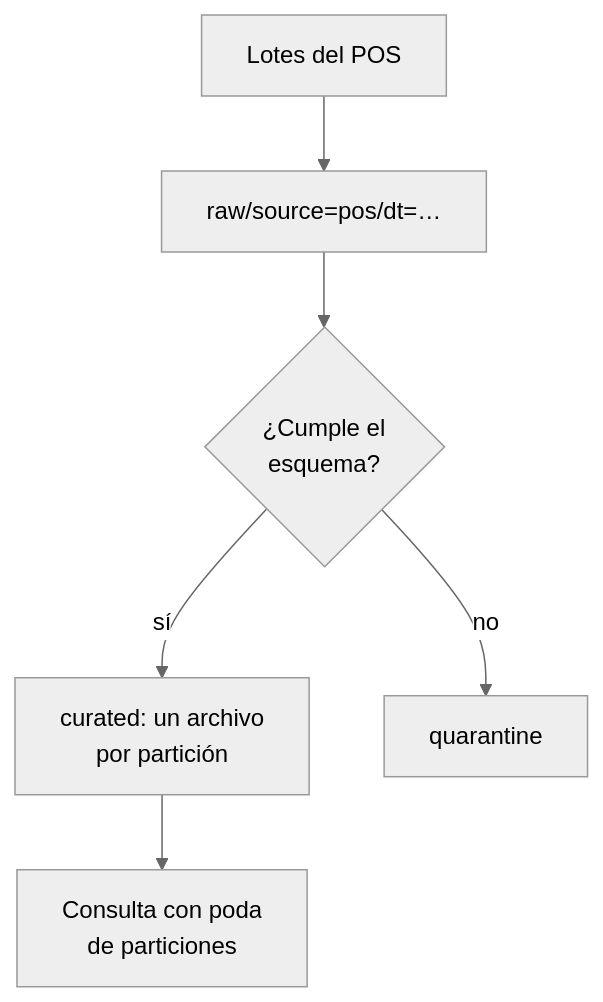
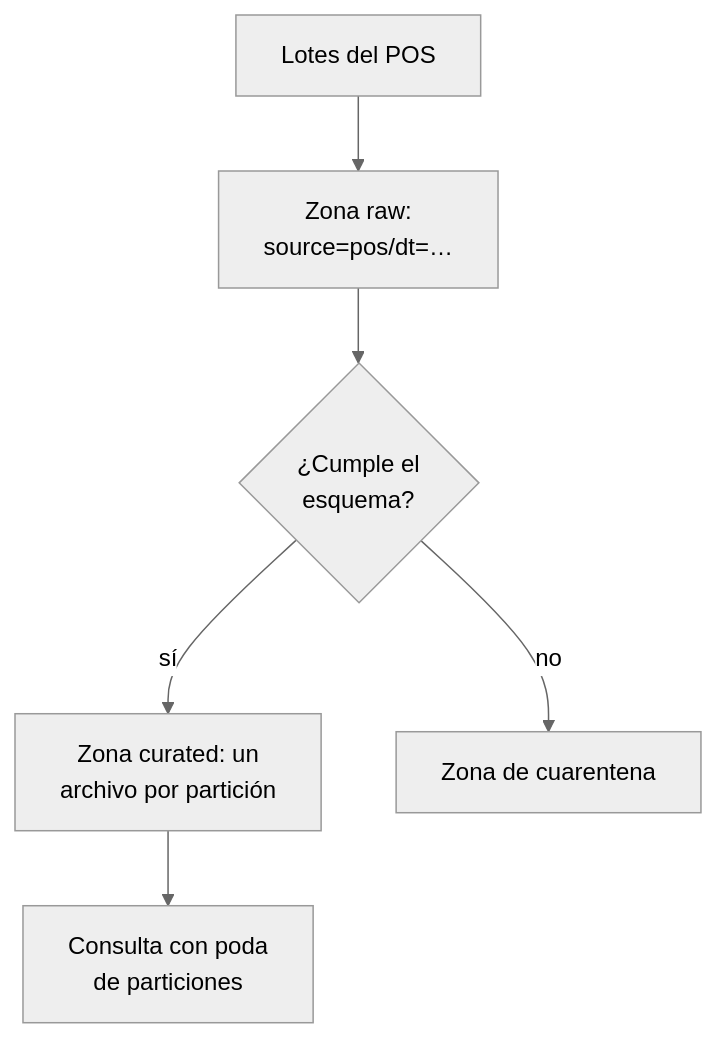
Before and after one commit to fcp4891/de-knowledge-hub: the second of 3 diagrams in content/architectures/data-lake-architecture.md, drawn with Mermaid (neutral theme). The commit also changed other lines of this file and 13 other files, not shown here.

````diff
--- a/content/architectures/data-lake-architecture.md
+++ b/content/architectures/data-lake-architecture.md
@@ -122,8 +127,8 @@
 ```mermaid
 flowchart TB
-  L["Lotes del POS"] --> R["raw/source=pos/dt=…"]
+  L["Lotes del POS"] --> R["Zona raw:<br/>source=pos/dt=…"]
   R --> V{"¿Cumple el<br/>esquema?"}
-  V -- "sí" --> C["curated: un archivo<br/>por partición"]
-  V -- "no" --> Q["quarantine"]
+  V -- "sí" --> C["Zona curated: un<br/>archivo por partición"]
+  V -- "no" --> Q["Zona de cuarentena"]
   C --> S["Consulta con poda<br/>de particiones"]
 ```
````
